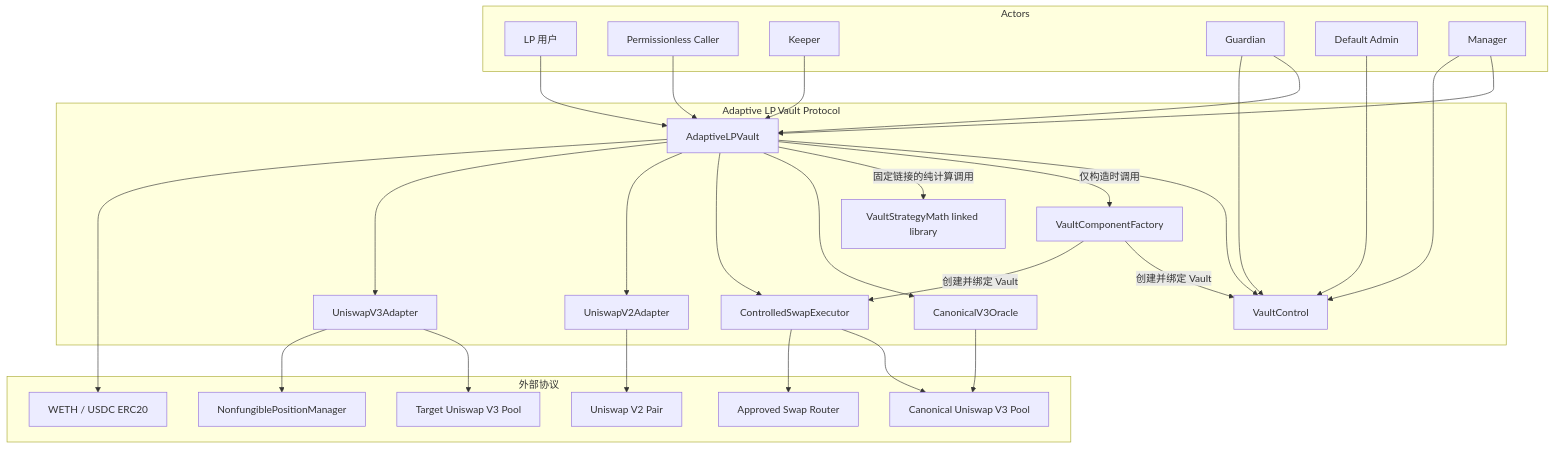
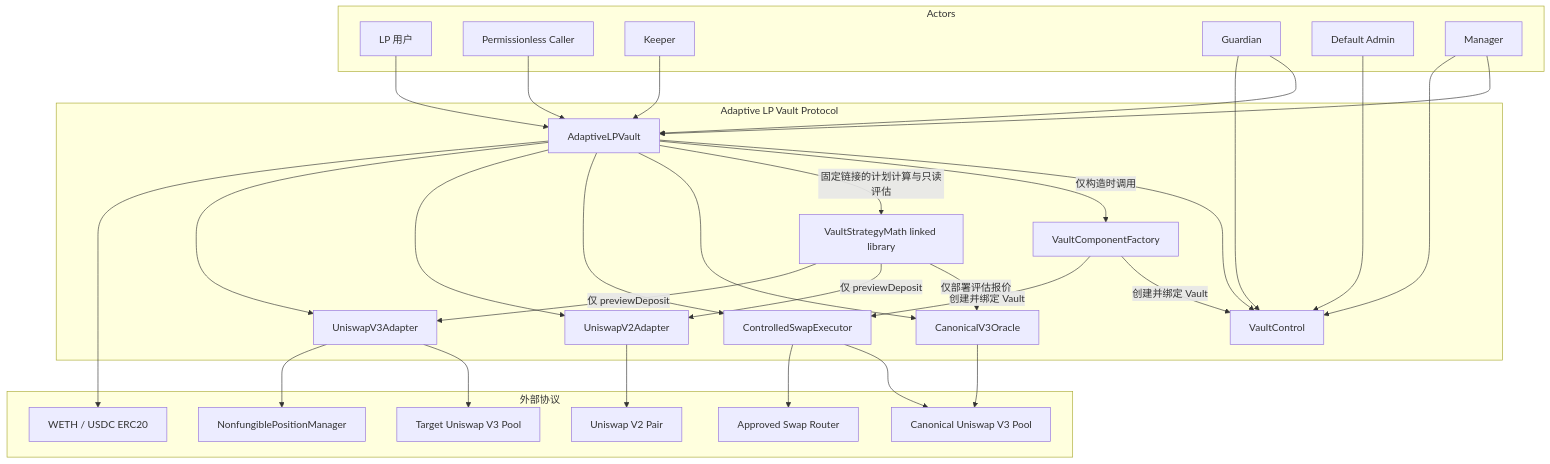
The first of 10 diagrams in docs/ARCHITECTURE.md (GGHansome/Adaptive-LP-Vault), drawn with Mermaid before and after one commit. The commit also changed other lines of this file and 22 other files, not shown here.

````diff
--- a/docs/ARCHITECTURE.md
+++ b/docs/ARCHITECTURE.md
@@ -25,56 +25,59 @@
 ```mermaid
 flowchart TB
     subgraph Actors
         LP[LP 用户]
         Caller[Permissionless Caller]
         Keeper[Keeper]
         Guardian[Guardian]
         DefaultAdmin[Default Admin]
         Manager[Manager]
     end
 
     subgraph Protocol[Adaptive LP Vault Protocol]
         Vault[AdaptiveLPVault]
         Control[VaultControl]
         ComponentFactory[VaultComponentFactory]
         Planner[VaultStrategyMath linked library]
         Oracle[CanonicalV3Oracle]
         Swap[ControlledSwapExecutor]
         V2Adapter[UniswapV2Adapter]
         V3Adapter[UniswapV3Adapter]
     end
 
     subgraph External[外部协议]
         V2Pair[Uniswap V2 Pair]
         V3Pool[Canonical Uniswap V3 Pool]
         V3Venue[Target Uniswap V3 Pool]
         PositionManager[NonfungiblePositionManager]
         Router[Approved Swap Router]
         ERC20[WETH / USDC ERC20]
     end
 
     LP --> Vault
     Caller --> Vault
     Keeper --> Vault
     Guardian --> Vault
     Guardian --> Control
     DefaultAdmin --> Control
     Manager --> Vault
     Manager --> Control
     Vault --> Control
     Vault -->|仅构造时调用| ComponentFactory
     ComponentFactory -->|创建并绑定 Vault| Control
     ComponentFactory -->|创建并绑定 Vault| Swap
-    Vault -->|固定链接的纯计算调用| Planner
+    Vault -->|固定链接的计划计算与只读评估| Planner
+    Planner -->|仅部署评估报价| Oracle
+    Planner -->|仅 previewDeposit| V2Adapter
+    Planner -->|仅 previewDeposit| V3Adapter
     Vault --> Oracle
     Vault --> Swap
     Vault --> V2Adapter
     Vault --> V3Adapter
     V2Adapter --> V2Pair
     V3Adapter --> V3Venue
     V3Adapter --> PositionManager
     Oracle --> V3Pool
     Swap --> V3Pool
     Swap --> Router
     Vault --> ERC20
 ```
````
